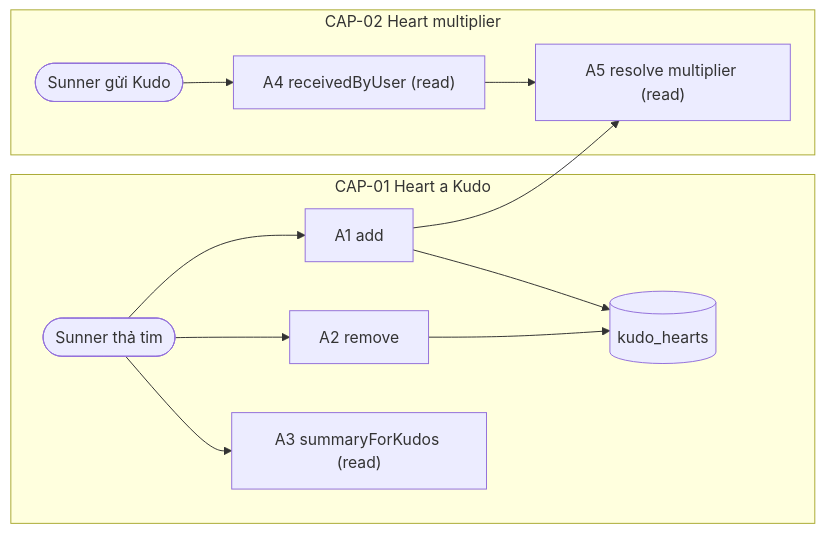
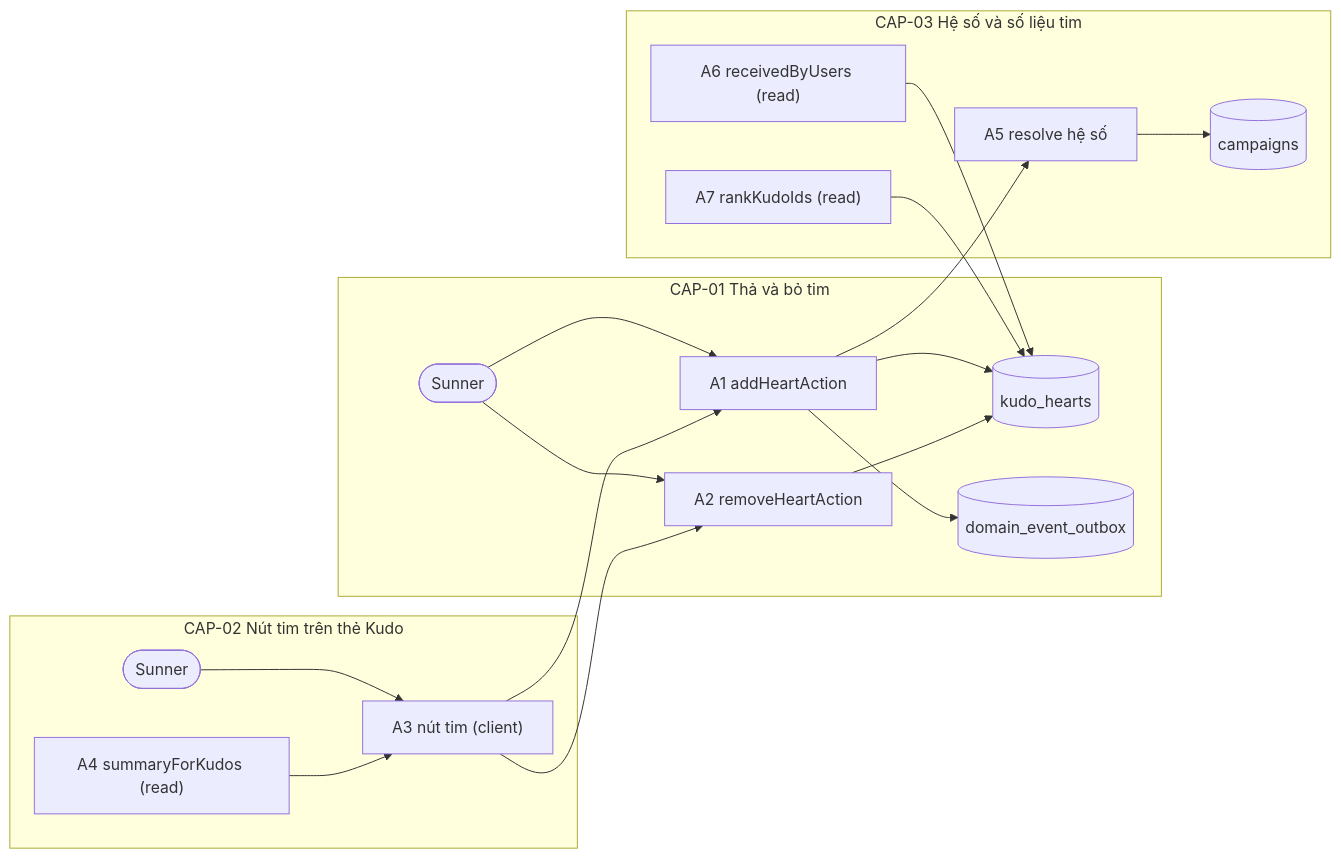
The first of 4 diagrams in docs/features/F005_KudosHearts/technical-spec.md (hailv-3571/agentic-coding-hands-on), drawn with Mermaid before and after one commit. The commit also changed other lines of this file and 250 other files, not shown here.

````diff
--- a/docs/features/F005_KudosHearts/technical-spec.md
+++ b/docs/features/F005_KudosHearts/technical-spec.md
@@ -23,14 +22,19 @@
 ```mermaid
 flowchart LR
-    subgraph CAP01["CAP-01 Heart a Kudo"]
-        U1([Sunner thả tim]) --> A1["A1 add"] --> T1[(kudo_hearts)]
-        U1 --> A2["A2 remove"] --> T1
-        U1 --> A3["A3 summaryForKudos (read)"]
+    subgraph CAP01["CAP-01 Thả và bỏ tim"]
+        U1([Sunner]) --> A1["A1 addHeartAction"] --> T1[(kudo_hearts)]
+        A1 --> T2[(domain_event_outbox)]
+        U1 --> A2["A2 removeHeartAction"] --> T1
     end
-    subgraph CAP02["CAP-02 Heart multiplier"]
-        U2([Sunner gửi Kudo]) --> A4["A4 receivedByUser (read)"]
-        A5["A5 resolve multiplier (read)"]
+    subgraph CAP02["CAP-02 Nút tim trên thẻ Kudo"]
+        U2([Sunner]) --> A3["A3 nút tim (client)"] --> A1
+        A3 --> A2
+        A4["A4 summaryForKudos (read)"] --> A3
+    end
+    subgraph CAP03["CAP-03 Hệ số và số liệu tim"]
+        A5["A5 resolve hệ số"] --> T3[(campaigns)]
+        A6["A6 receivedByUsers (read)"] --> T1
+        A7["A7 rankKudoIds (read)"] --> T1
     end
     A1 --> A5
-    A4 --> A5
 ```
````
